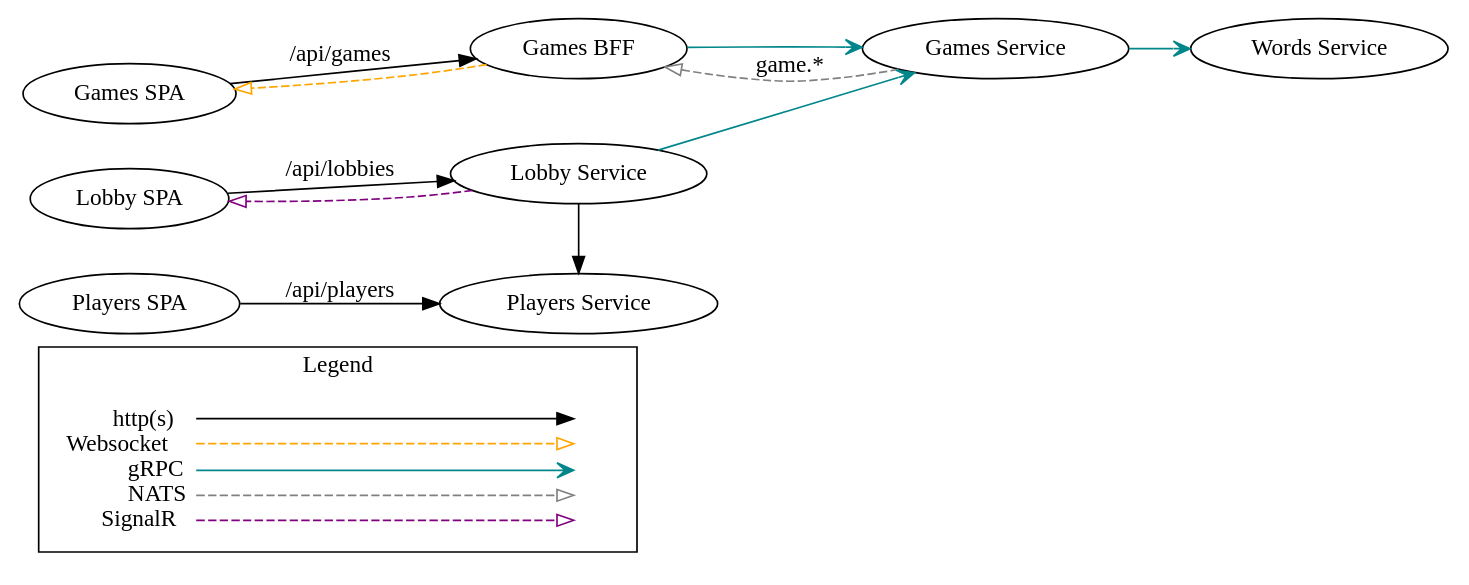
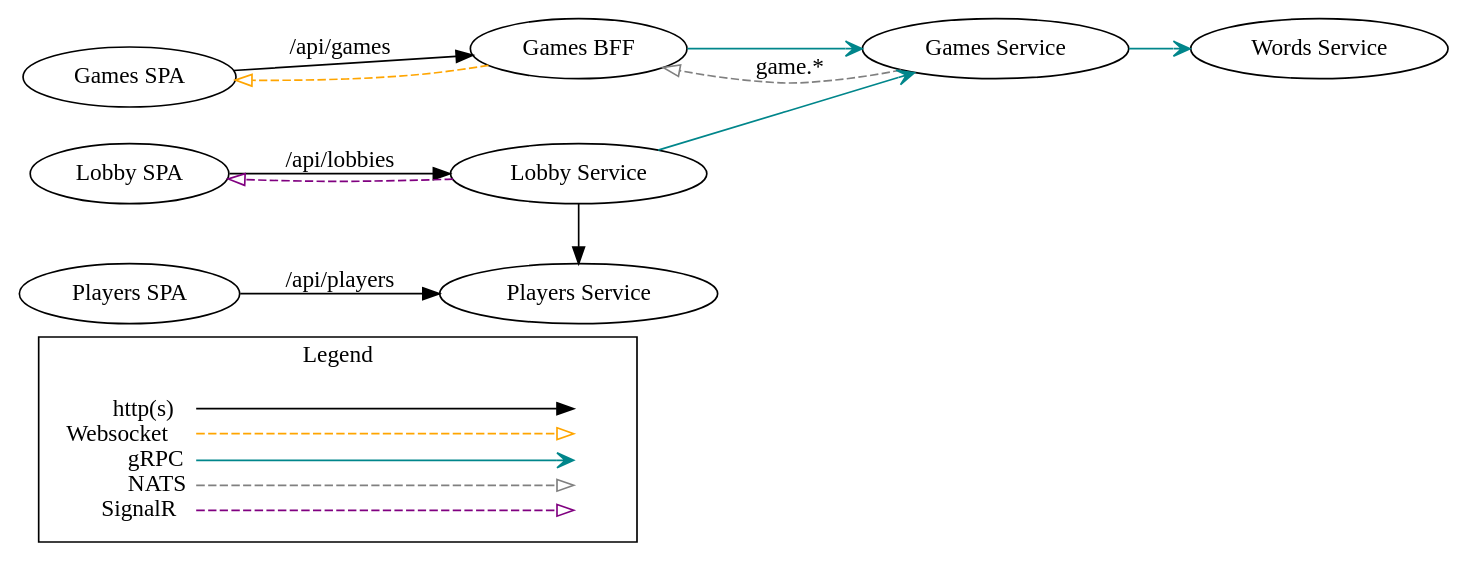
One commit to deesejohn/distributed-codenames changed the diagram in network.gv. Above: the diagram before and after it, drawn with Graphviz. The commit also changed 1 other file, not shown here.

Commit message:
Corrected the shifted rendering for the architecture image (#25)

```diff
--- a/network.gv
+++ b/network.gv
@@ -1,60 +1,60 @@
 digraph networkgraph {
   rankdir=LR;
 
   subgraph cluster_legend {
     node [shape=plaintext]
     label = "Legend";
     key [label=<<table border="0" cellpadding="0" cellspacing="0" cellborder="0">
       <tr><td align="right" port="1">http(s)</td></tr>
       <tr><td align="right" port="2">Websocket</td></tr>
       <tr><td align="right" port="3">gRPC</td></tr>
       <tr><td align="right" port="4">NATS</td></tr>
       <tr><td align="right" port="5">SignalR</td></tr>
       </table>>]
     value [label=<<table border="0" cellpadding="0" cellspacing="0" cellborder="0">
       <tr><td port="1">&nbsp;</td></tr>
       <tr><td port="2">&nbsp;</td></tr>
       <tr><td port="3">&nbsp;</td></tr>
       <tr><td port="4">&nbsp;</td></tr>
       <tr><td port="5">&nbsp;</td></tr>
       </table>>]
     key:1 -> value:1 
     key:2 -> value:2 [arrowhead=onormal, color=orange, style=dashed]
     key:3 -> value:3 [arrowhead=vee, color=turquoise4, style=solid]
     key:4 -> value:4 [arrowhead=onormal, color=gray, style=dashed]
     key:5 -> value:5 [arrowhead=onormal, color=purple, style=dashed]
   }
 
   games_spa [label="Games SPA"]
   games_bff [label="Games BFF"]
   games_svc [label="Games Service"]
   lobbies_spa [label="Lobby SPA"]
   lobbies_svc [label="Lobby Service"]
   players_spa [label="Players SPA"]
   players_svc [label="Players Service"]
   words_svc [label="Words Service"]
   
   # http(s) / ws(s)
   players_spa -> players_svc [label="/api/players"]
   games_spa -> games_bff [label="/api/games"]
   lobbies_spa -> lobbies_svc [label="/api/lobbies"]
   lobbies_svc -> players_svc [constraint=false]
   
   # Websockets
   edge [arrowhead=onormal, color=orange, style=dashed]
   games_bff -> games_spa
   
   # gRPC
   edge [arrowhead=vee, color=turquoise4, style=solid]
   games_bff -> games_svc
   games_svc -> words_svc
   lobbies_svc -> games_svc [constraint=false]
 
   # nats pub/sub
-  edge [arrowhead=onormal, color=gray, style=dashed]
+  edge [arrowhead=onormal, color=gray, constraint=false, style=dashed]
   games_svc -> games_bff [label="game.*"]
   
   # SignalR
   edge [arrowhead=onormal, color=purple, style=dashed]
   lobbies_svc -> lobbies_spa
 }
```
